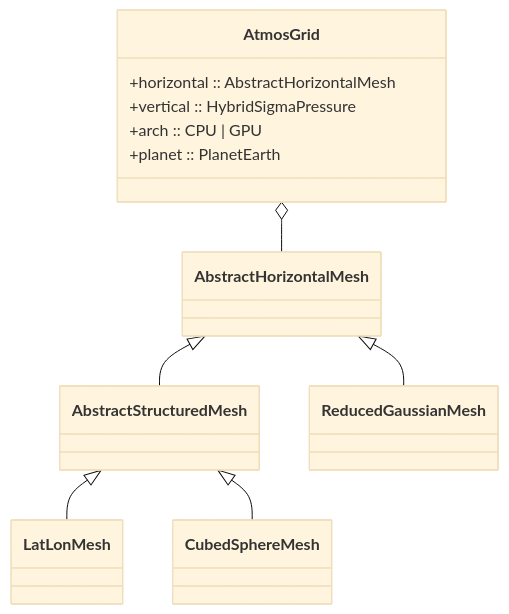
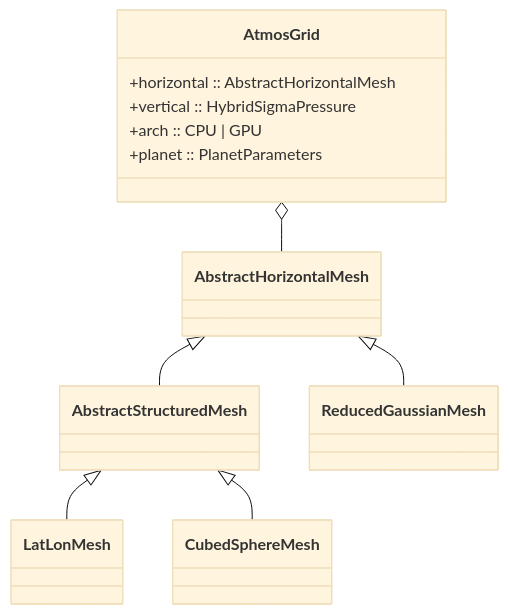
Before and after one commit to RemoteSensingTools/AtmosTransport: the diagram in docs/src/concepts/grids.md, drawn with Mermaid (base theme). The commit also changed other lines of this file and 1 other file, not shown here.

````diff
--- a/docs/src/concepts/grids.md
+++ b/docs/src/concepts/grids.md
@@ -23,19 +24,19 @@
 ```mermaid
 classDiagram
     class AbstractHorizontalMesh
     class AbstractStructuredMesh
     class LatLonMesh
     class ReducedGaussianMesh
     class CubedSphereMesh
     class AtmosGrid {
       +horizontal :: AbstractHorizontalMesh
       +vertical   :: HybridSigmaPressure
       +arch       :: CPU | GPU
-      +planet     :: PlanetEarth
+      +planet     :: PlanetParameters
     }
     AbstractHorizontalMesh <|-- AbstractStructuredMesh
     AbstractStructuredMesh <|-- LatLonMesh
     AbstractStructuredMesh <|-- CubedSphereMesh
     AbstractHorizontalMesh <|-- ReducedGaussianMesh
     AtmosGrid o-- AbstractHorizontalMesh
 ```
````
